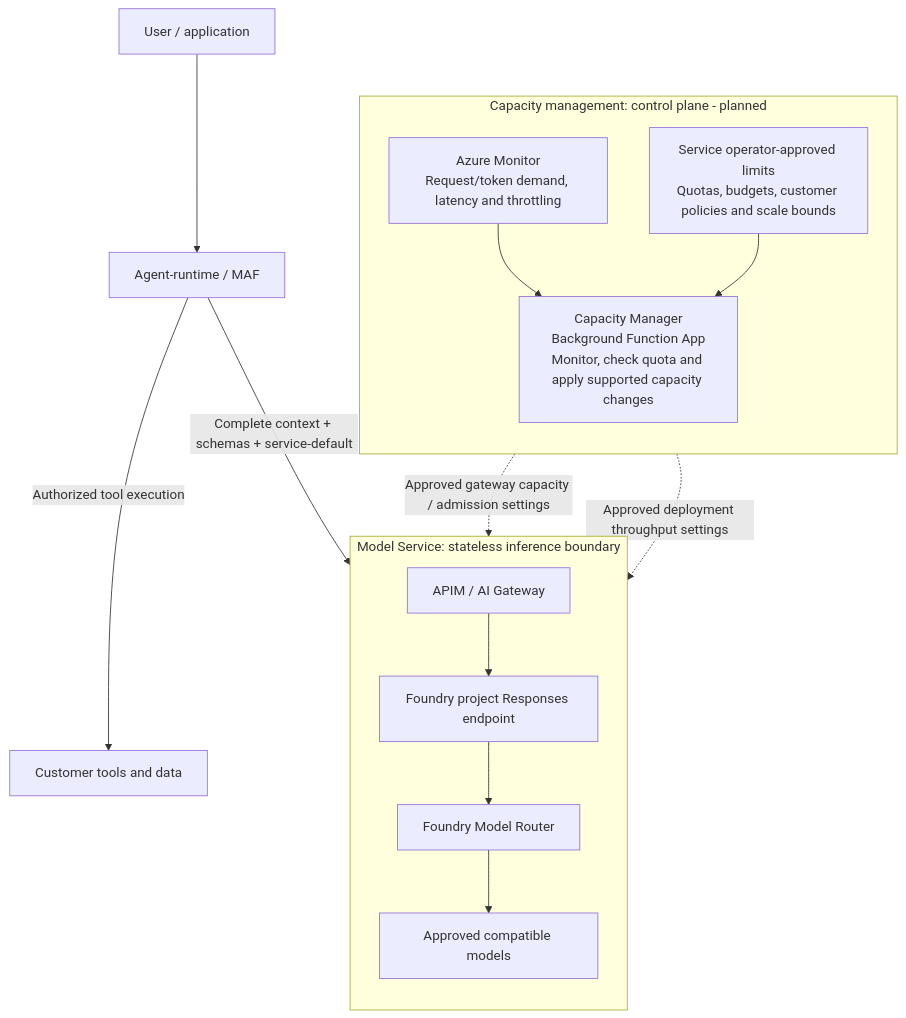
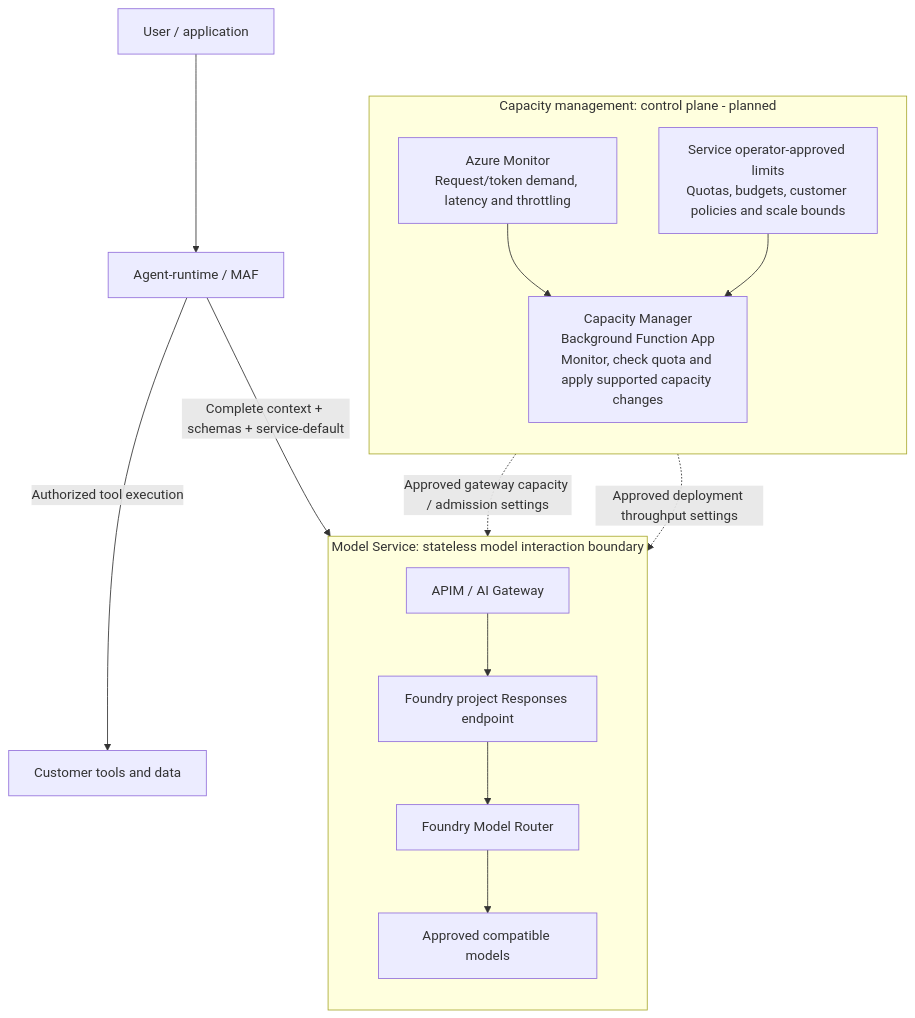
One commit to swapnil-nagar/model-service-pocs changed the diagram in 09-stateless-model-router/proposal.md. Above: the diagram before and after it, drawn with Mermaid. The commit also changed other lines of this file, not shown here.

````diff
--- a/09-stateless-model-router/proposal.md
+++ b/09-stateless-model-router/proposal.md
@@ -55,22 +55,22 @@
 ```mermaid
 flowchart TB
     subgraph CP["Capacity management: control plane - planned"]
         direction TB
         MON["Azure Monitor<br/>Request/token demand, latency and throttling"]
         POL["Service operator-approved limits<br/>Quotas, budgets, customer policies and scale bounds"]
         CM["Capacity Manager<br/>Background Function App<br/>Monitor, check quota and apply supported capacity changes"]
         MON --> CM
         POL --> CM
     end
     U["User / application"] --> R["Agent-runtime / MAF"]
     R -->|"Authorized tool execution"| T["Customer tools and data"]
-    subgraph MS["Model Service: stateless inference boundary"]
+    subgraph MS["Model Service: stateless model interaction boundary"]
         direction TB
         G["APIM / AI Gateway"] --> P["Foundry project Responses endpoint"]
         P --> MR["Foundry Model Router"]
         MR --> M["Approved compatible models"]
     end
     R -->|"Complete context + schemas + service-default"| G
     CM -.->|"Approved gateway capacity / admission settings"| G
     CM -.->|"Approved deployment throughput settings"| MR
 ```
````
